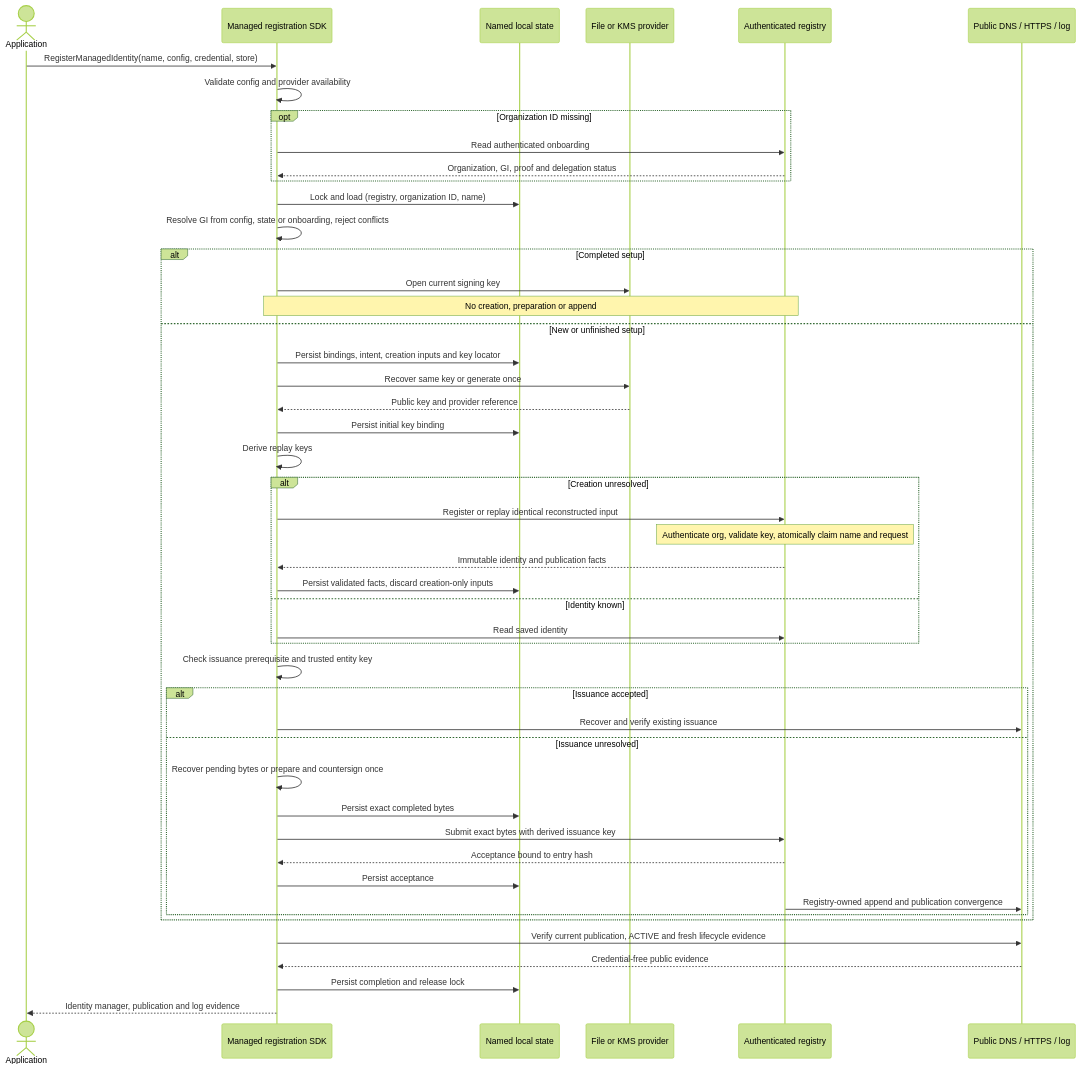
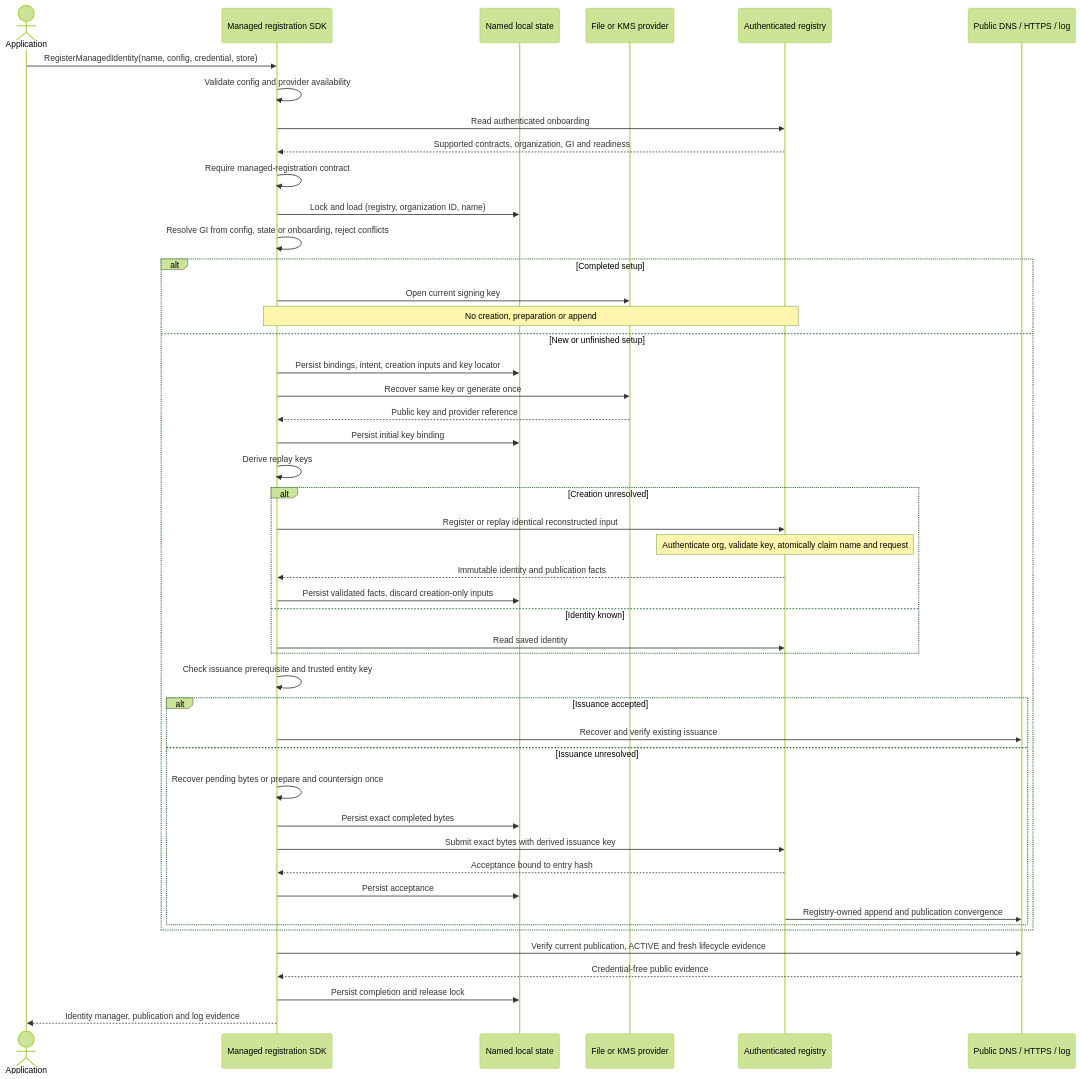
One commit to dnsid-ai/dnsid-sdk-compliance changed the diagram in docs/managed-registration-server-requirements.md. Above: the diagram before and after it, drawn with Mermaid (forest theme). The commit also changed other lines of this file and 4 other files, not shown here.

````diff
--- a/docs/managed-registration-server-requirements.md
+++ b/docs/managed-registration-server-requirements.md
@@ -14,51 +14,50 @@
 ```mermaid
 sequenceDiagram
     actor App as Application
     participant SDK as Managed registration SDK
     participant State as Named local state
     participant Keys as File or KMS provider
     participant Registry as Authenticated registry
     participant Public as Public DNS / HTTPS / log
 
     App->>SDK: RegisterManagedIdentity(name, config, credential, store)
     SDK->>SDK: Validate config and provider availability
-    opt Organization ID missing
-        SDK->>Registry: Read authenticated onboarding
-        Registry-->>SDK: Organization, GI, proof and delegation status
-    end
+    SDK->>Registry: Read authenticated onboarding
+    Registry-->>SDK: Supported contracts, organization, GI and readiness
+    SDK->>SDK: Require managed-registration contract
     SDK->>State: Lock and load (registry, organization ID, name)
     SDK->>SDK: Resolve GI from config, state or onboarding, reject conflicts
     alt Completed setup
         SDK->>Keys: Open current signing key
         Note over SDK,Registry: No creation, preparation or append
     else New or unfinished setup
         SDK->>State: Persist bindings, intent, creation inputs and key locator
         SDK->>Keys: Recover same key or generate once
         Keys-->>SDK: Public key and provider reference
         SDK->>State: Persist initial key binding
         SDK->>SDK: Derive replay keys
         alt Creation unresolved
             SDK->>Registry: Register or replay identical reconstructed input
             Note over Registry: Authenticate org, validate key, atomically claim name and request
             Registry-->>SDK: Immutable identity and publication facts
             SDK->>State: Persist validated facts, discard creation-only inputs
         else Identity known
             SDK->>Registry: Read saved identity
         end
         SDK->>SDK: Check issuance prerequisite and trusted entity key
         alt Issuance accepted
             SDK->>Public: Recover and verify existing issuance
         else Issuance unresolved
             SDK->>SDK: Recover pending bytes or prepare and countersign once
             SDK->>State: Persist exact completed bytes
             SDK->>Registry: Submit exact bytes with derived issuance key
             Registry-->>SDK: Acceptance bound to entry hash
             SDK->>State: Persist acceptance
             Registry->>Public: Registry-owned append and publication convergence
         end
     end
     SDK->>Public: Verify current publication, ACTIVE and fresh lifecycle evidence
     Public-->>SDK: Credential-free public evidence
     SDK->>State: Persist completion and release lock
     SDK-->>App: Identity manager, publication and log evidence
 ```
````
